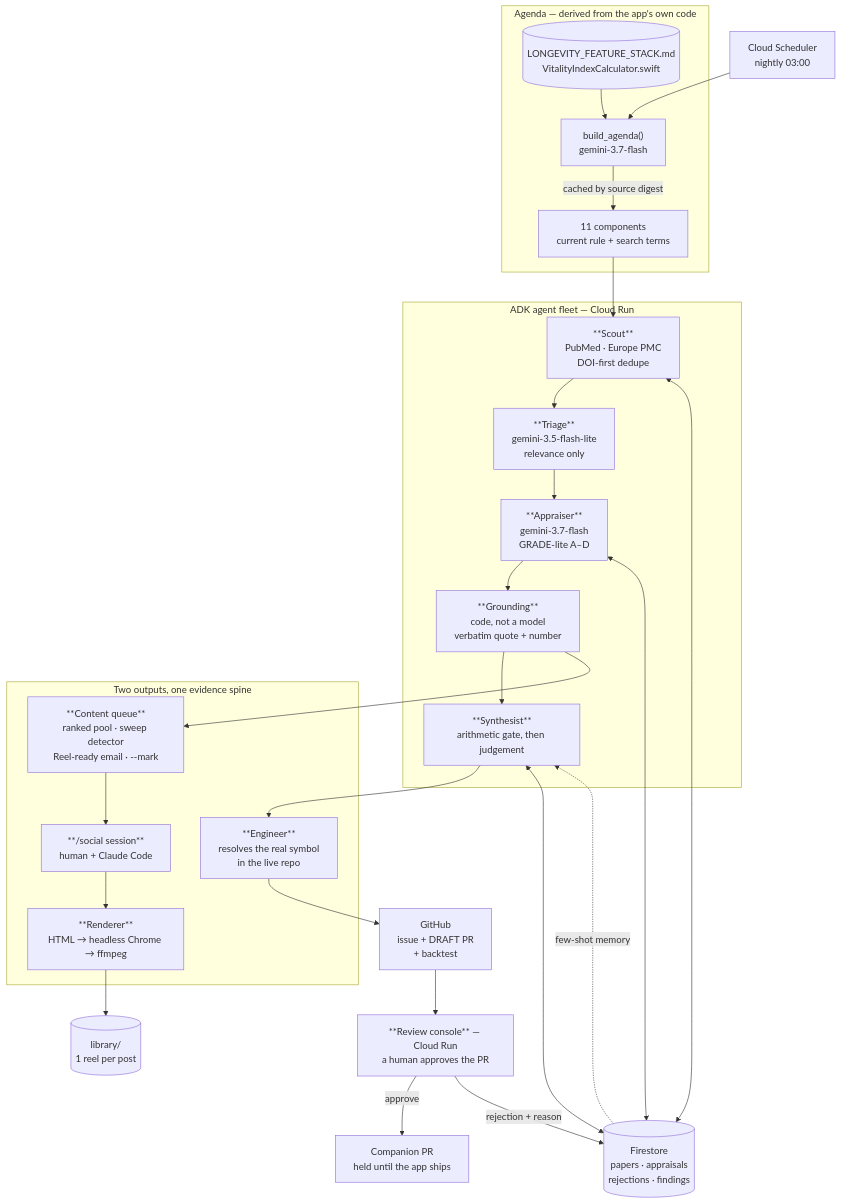
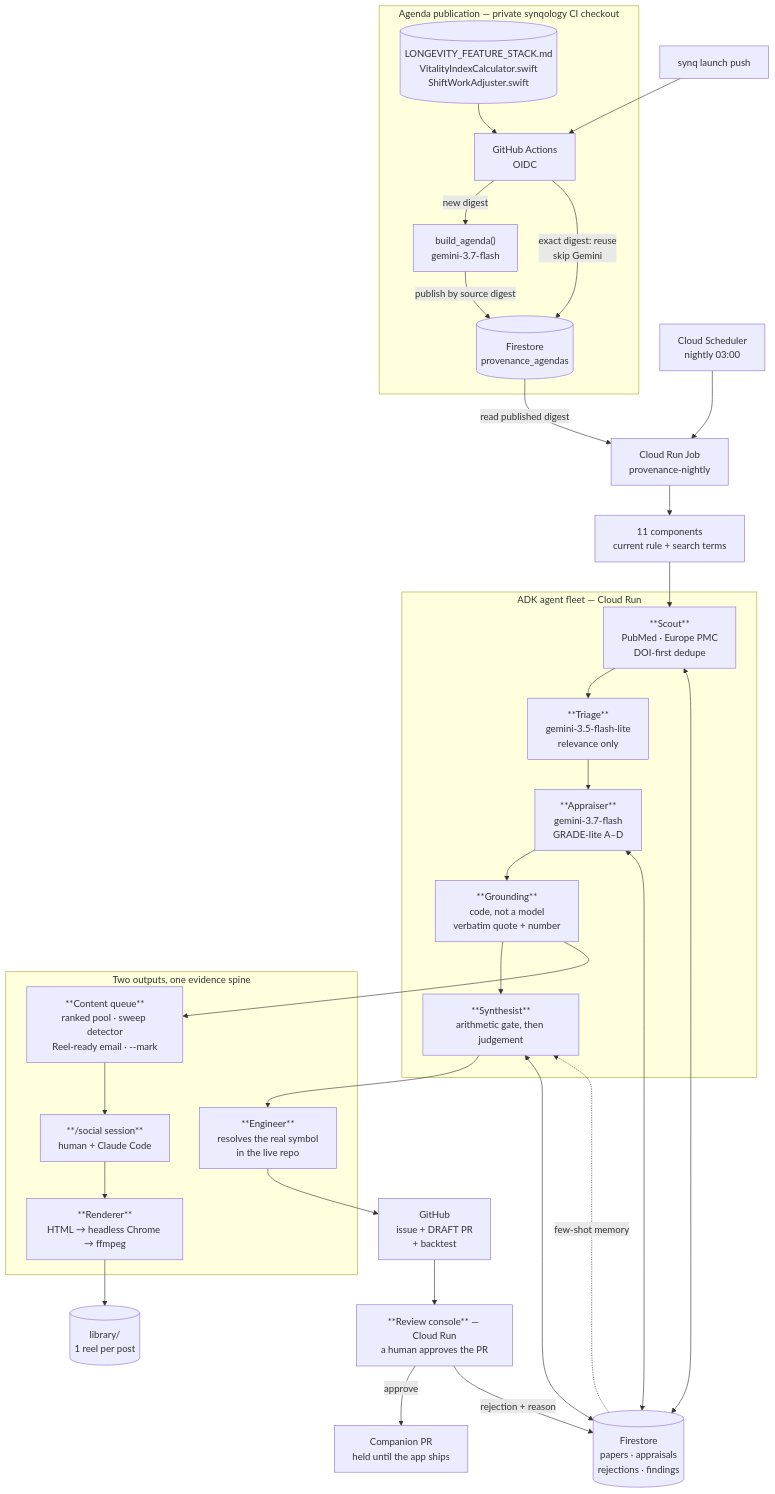
Before and after one commit to m1insights/provenance: the diagram in docs/architecture.md, drawn with Mermaid. The commit also changed other lines of this file and 3 other files, not shown here.

Commit message:
docs: record automated agenda publication

````diff
--- a/docs/architecture.md
+++ b/docs/architecture.md
@@ -14,47 +14,52 @@
 ```mermaid
 flowchart TB
-    SCHED["Cloud Scheduler<br/>nightly 03:00"] --> AGENDA
+    SYNQ["synq launch push"] --> CI["GitHub Actions<br/>OIDC"]
 
-    subgraph DERIVE["Agenda — derived from the app's own code"]
+    subgraph DERIVE["Agenda publication — private synqology CI checkout"]
         AGENDA["build_agenda()<br/>gemini-3.7-flash"]
-        SRC[("LONGEVITY_FEATURE_STACK.md<br/>VitalityIndexCalculator.swift")]
-        SRC --> AGENDA
-        AGENDA -->|"cached by source digest"| ITEMS["11 components<br/>current rule + search terms"]
+        SRC[("LONGEVITY_FEATURE_STACK.md<br/>VitalityIndexCalculator.swift<br/>ShiftWorkAdjuster.swift")]
+        SRC --> CI
+        CI -->|"new digest"| AGENDA
+        AGENDA -->|"publish by source digest"| AGENDAS[("Firestore<br/>provenance_agendas")]
+        CI -->|"exact digest: reuse<br/>skip Gemini"| AGENDAS
     end
 
+    SCHED["Cloud Scheduler<br/>nightly 03:00"] --> NIGHTLY["Cloud Run Job<br/>provenance-nightly"]
+    AGENDAS -->|"read published digest"| NIGHTLY
+    NIGHTLY --> ITEMS["11 components<br/>current rule + search terms"]
     ITEMS --> SCOUT
 
     subgraph FLEET["ADK agent fleet — Cloud Run"]
         SCOUT["**Scout**<br/>PubMed · Europe PMC<br/>DOI-first dedupe"]
         TRIAGE["**Triage**<br/>gemini-3.5-flash-lite<br/>relevance only"]
         APPRAISE["**Appraiser**<br/>gemini-3.7-flash<br/>GRADE-lite A–D"]
         GROUND["**Grounding**<br/>code, not a model<br/>verbatim quote + number"]
         SYNTH["**Synthesist**<br/>arithmetic gate, then judgement"]
         SCOUT --> TRIAGE --> APPRAISE --> GROUND --> SYNTH
     end
 
     SYNTH --> ENG
     GROUND --> CONTENT
 
     subgraph OUT["Two outputs, one evidence spine"]
         ENG["**Engineer**<br/>resolves the real symbol<br/>in the live repo"]
         CONTENT["**Content queue**<br/>ranked pool · sweep detector<br/>Reel-ready email · --mark"]
         SOCIAL["**/social session**<br/>human + Claude Code"]
         RENDER["**Renderer**<br/>HTML → headless Chrome → ffmpeg"]
         CONTENT --> SOCIAL --> RENDER
     end
 
     ENG --> GH["GitHub<br/>issue + DRAFT PR<br/>+ backtest"]
     RENDER --> LIBRARY[("library/<br/>1 reel per post")]
 
     GH --> CONSOLE
     CONSOLE["**Review console** — Cloud Run<br/>a human approves the PR"]
     CONSOLE -->|"approve"| COMPANION["Companion PR<br/>held until the app ships"]
     CONSOLE -->|"rejection + reason"| FS
 
     FS[("Firestore<br/>papers · appraisals<br/>rejections · findings")]
     SCOUT <--> FS
     APPRAISE <--> FS
     SYNTH <--> FS
     FS -.->|"few-shot memory"| SYNTH
 ```
````
